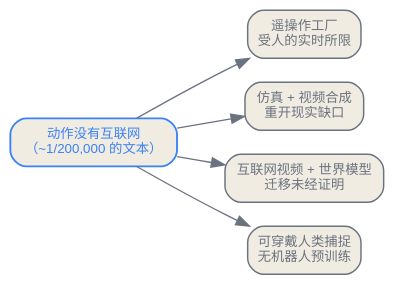
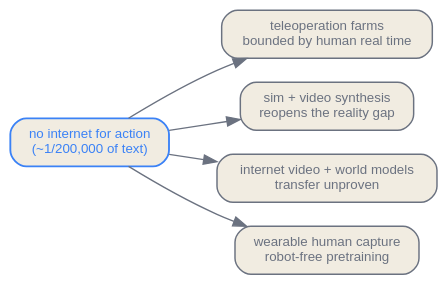
Before and after one commit to latere-ai/ai-as-an-infrastructure: the second of 2 diagrams in zh/p11-frontiers/50-beyond-text.qmd, drawn with Graphviz. The commit also changed other lines of this file and 106 other files, not shown here.

````diff
--- a/zh/p11-frontiers/50-beyond-text.qmd
+++ b/zh/p11-frontiers/50-beyond-text.qmd
@@ -69,21 +69,21 @@
 ```{dot}
 //| label: fig-beyond-flywheel
 //| fig-cap: "制造那个机器人从没免费拿到的动作数据飞轮的四种对垒策略。每一种都接受同一个瓶颈、押注一条不同的逃路；每一种又重新打开一个不同的下游问题（现实缺口、迁移问题、人的实时）。"
 digraph flywheel {
   rankdir=LR;
   bgcolor="transparent";
   node [shape=box, style="rounded,filled", fontname="Helvetica", fontsize=10, color="#6b7280", fontcolor="#6b7280", fillcolor="#f1ece1", penwidth=1.1];
   edge [color="#6b7280"];
 
-  gap [label="动作没有互联网\n（~1/200,000 的文本）", color="#3b82f6", fontcolor="#3b82f6", penwidth=1.4];
-  teleop [label="遥操作工厂\n受人的实时所限"];
-  sim    [label="仿真 + 视频合成\n重开现实缺口"];
-  video  [label="互联网视频 + 世界模型\n迁移未经证明"];
-  wear   [label="可穿戴人类捕捉\n无机器人预训练"];
+  gap [label="no internet for action\n(~1/200,000 of text)", color="#3b82f6", fontcolor="#3b82f6", penwidth=1.4];
+  teleop [label="teleoperation farms\nbounded by human real time"];
+  sim    [label="sim + video synthesis\nreopens the reality gap"];
+  video  [label="internet video + world models\ntransfer unproven"];
+  wear   [label="wearable human capture\nrobot-free pretraining"];
 
   gap -> teleop;
   gap -> sim;
   gap -> video;
   gap -> wear;
 }
 ```
````
